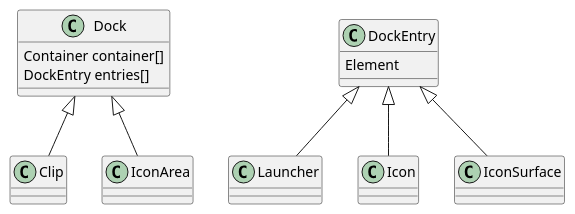
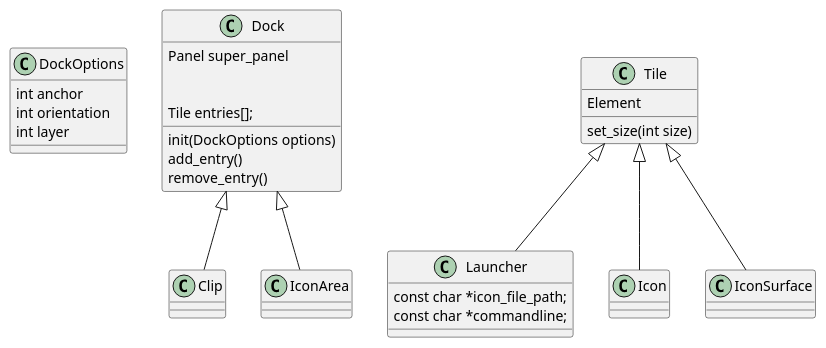
The second of 2 diagrams in src/toolkit/toolkit.md (phkaeser/wlmaker), drawn with PlantUML before and after one commit. The commit also changed other lines of this file and 43 other files, not shown here.

````diff
--- a/src/toolkit/toolkit.md
+++ b/src/toolkit/toolkit.md
@@ -381,26 +381,43 @@
 ```plantuml
-class Dock {
-  Container container[]
-  DockEntry entries[]
+class DockOptions {
+  int anchor
+  int orientation
+  int layer
 }
 
-class DockEntry {
+class Dock {
+  Panel super_panel
+
+  init(DockOptions options)
+
+  Tile entries[];
+
+  add_entry()
+  remove_entry()
+}
+
+class Tile {
   Element
+
+  set_size(int size)
 }
 
 class Launcher {
+
+  const char *icon_file_path;
+  const char *commandline;
 }
-DockEntry <|-- Launcher
+Tile <|-- Launcher
 
 class Icon {}
-DockEntry <|-- Icon
+Tile <|-- Icon
 
 class IconSurface {}
-DockEntry <|-- IconSurface
+Tile <|-- IconSurface
 
 class Clip {}
 Dock <|-- Clip
 
 class IconArea {}
 Dock <|-- IconArea
 ```
````
